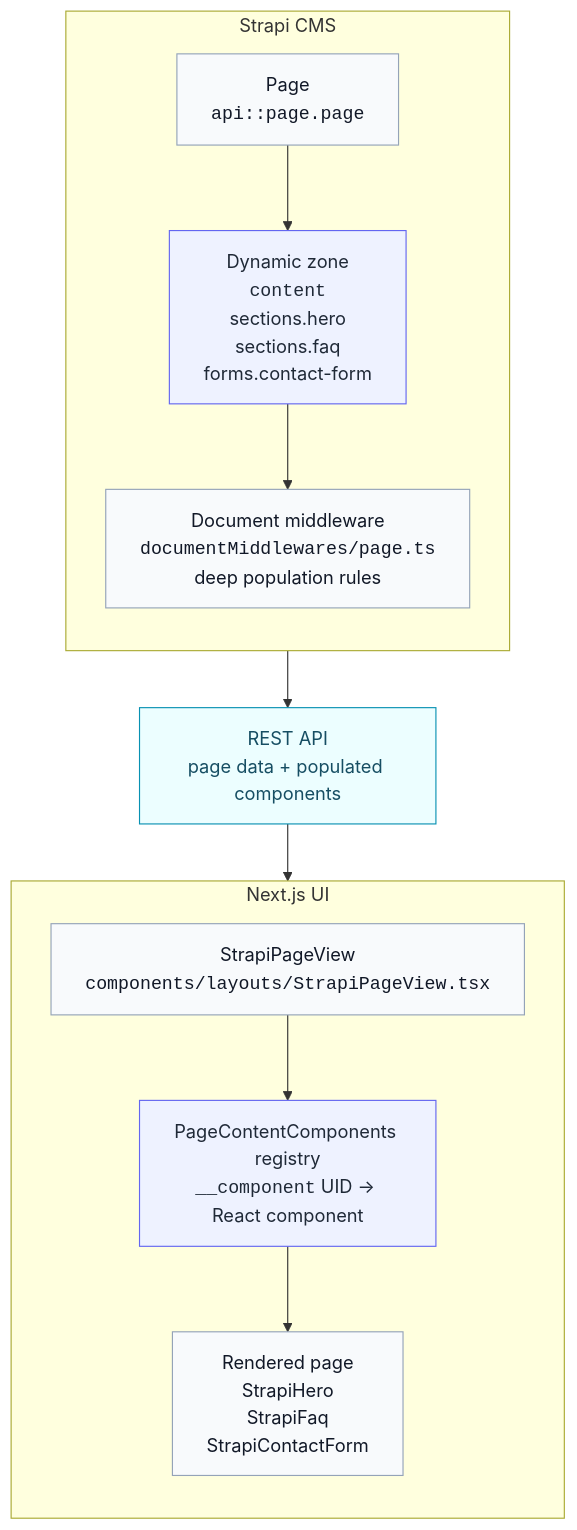
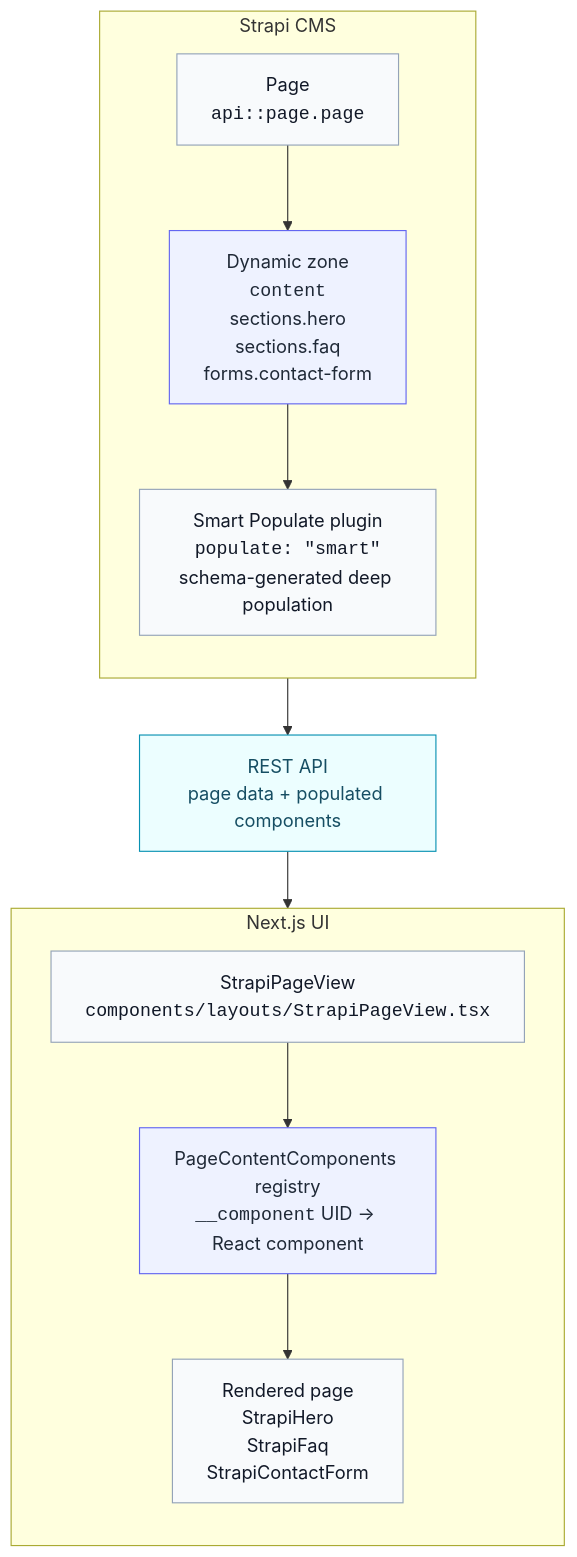
One commit to notum-cz/strapi-next-monorepo-starter changed the diagram in apps/docs/docs/page-builder/introduction.md. Above: the diagram before and after it, drawn with Mermaid. The commit also changed other lines of this file and 42 other files, not shown here.

Commit message:
feat: integrate smart populate plugin (#343)

````diff
--- a/apps/docs/docs/page-builder/introduction.md
+++ b/apps/docs/docs/page-builder/introduction.md
@@ -15,26 +15,26 @@
 ```mermaid
 flowchart TB
   classDef zone fill:#eef2ff,stroke:#6366f1,color:#1f2937,stroke-width:1px
   classDef service fill:#f8fafc,stroke:#94a3b8,color:#111827,stroke-width:1px
   classDef bridge fill:#ecfeff,stroke:#0891b2,color:#164e63,stroke-width:1px
 
   subgraph Strapi["Strapi CMS"]
     direction TB
     Page["Page<br/><code>api::page.page</code>"]:::service
     Content["Dynamic zone<br/><code>content</code><br/>sections.hero<br/>sections.faq<br/>forms.contact-form"]:::zone
-    Middleware["Document middleware<br/><code>documentMiddlewares/page.ts</code><br/>deep population rules"]:::service
-    Page --> Content --> Middleware
+    SmartPopulate["Smart Populate plugin<br/><code>populate: &quot;smart&quot;</code><br/>schema-generated deep population"]:::service
+    Page --> Content --> SmartPopulate
   end
 
   Api["REST API<br/>page data + populated components"]:::bridge
 
   subgraph Next["Next.js UI"]
     direction TB
     View["StrapiPageView<br/><code>components/layouts/StrapiPageView.tsx</code>"]:::service
     Registry["PageContentComponents registry<br/><code>__component</code> UID → React component"]:::zone
     React["Rendered page<br/>StrapiHero<br/>StrapiFaq<br/>StrapiContactForm"]:::service
     View --> Registry --> React
   end
 
-  Middleware --> Api --> View
+  SmartPopulate --> Api --> View
 ```
````
